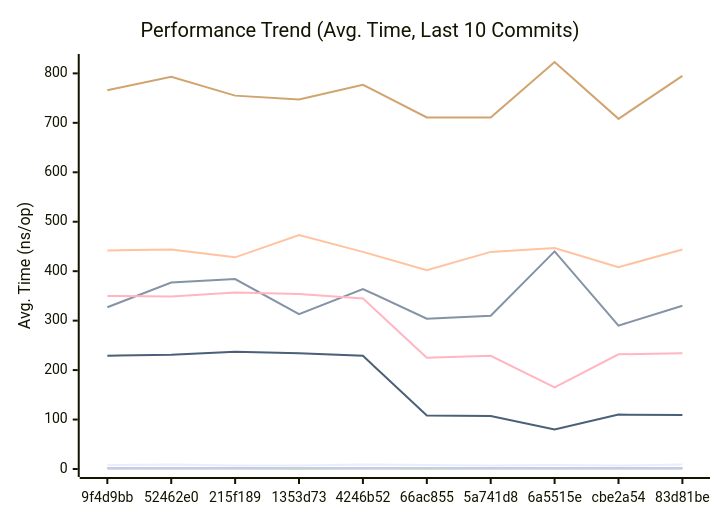
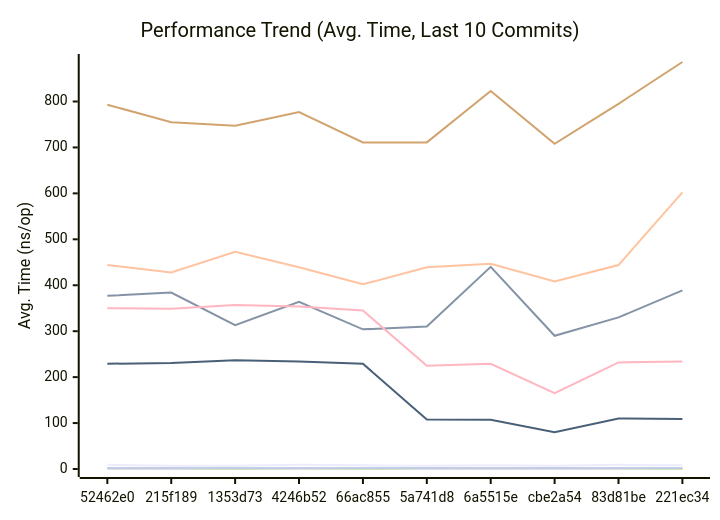
The first of 3 diagrams in docs/PERFORMANCE.md (alsotoes/momo), drawn with Mermaid before and after one commit. The commit also changed other lines of this file and 2 other files, not shown here.

````diff
--- a/docs/PERFORMANCE.md
+++ b/docs/PERFORMANCE.md
@@ -80,16 +80,16 @@
 ```mermaid
 xychart-beta
     title "Performance Trend (Avg. Time, Last 10 Commits)"
     x-axis "Commit"
     y-axis "Avg. Time (ns/op)"
-    x-axis [9f4d9bb,52462e0,215f189,1353d73,4246b52,66ac855,5a741d8,6a5515e,cbe2a54,83d81be]
-    line "CheckMetricsAndSwap" [8,9,7,7,9,8,7,8,7,9]
-    line "CrushOptimized" [327,377,384,313,364,304,310,440,290,330]
-    line "CrushOriginal" [442,444,428,473,439,402,439,447,408,444]
+    x-axis [52462e0,215f189,1353d73,4246b52,66ac855,5a741d8,6a5515e,cbe2a54,83d81be,221ec34]
+    line "CheckMetricsAndSwap" [9,7,7,9,8,7,8,7,9,8]
+    line "CrushOptimized" [377,384,313,364,304,310,440,290,330,389]
+    line "CrushOriginal" [444,428,473,439,402,439,447,408,444,602]
     line "IndexDirectTracking" [0,0,0,0,0,0,0,0,0,0]
-    line "IndexSearch" [2,2,2,1,2,1,2,2,2,2]
-    line "LoadGlobalConfig" [766,793,755,747,777,711,711,823,708,795]
+    line "IndexSearch" [2,2,1,2,1,2,2,2,2,1]
+    line "LoadGlobalConfig" [793,755,747,777,711,711,823,708,795,886]
     line "PadString" [2,2,2,2,2,2,2,2,2,2]
     line "ParseReplicationOrder_NoPrealloc" [350,349,357,354,345,225,229,165,232,234]
     line "ParseReplicationOrder_Prealloc" [229,231,237,234,229,108,107,80,110,109]
 ```
````
